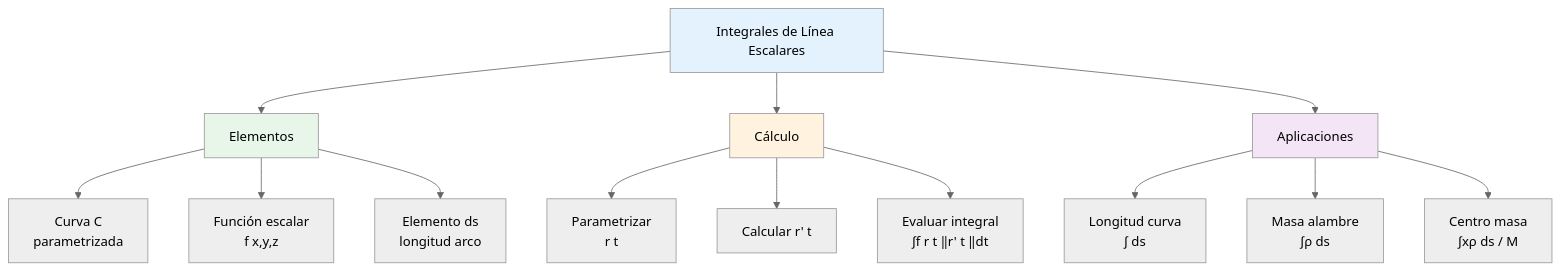
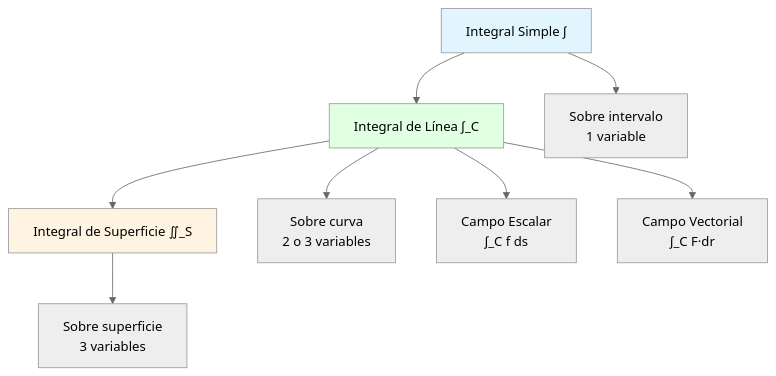
Before and after one commit to Fsteven22/Notas-de-Universidad-Freddy-Sanchez-: the first of 2 diagrams in Universidad/2do Semestre/Cálculo Vectorial/Unidad 5 – Integral de Línea e Integrales Dobles/II – Integrales de Línea (Escalares y Vectoriales)/02 – Integrales de línea escalares.md, drawn with Mermaid (neutral theme). The commit also changed other lines of this file and 87 other files, not shown here.

````diff
--- a/Universidad/2do Semestre/Cálculo Vectorial/Unidad 5 – Integral de Línea e Integrales Dobles/II – Integrales de Línea (Escalares y Vectoriales)/02 – Integrales de línea escalares.md
+++ b/Universidad/2do Semestre/Cálculo Vectorial/Unidad 5 – Integral de Línea e Integrales Dobles/II – Integrales de Línea (Escalares y Vectoriales)/02 – Integrales de línea escalares.md
@@ -870,23 +25,16 @@
 ```mermaid
-graph TD
-    A[Integrales de Línea Escalares] --> B[Elementos]
-    A --> C[Cálculo]
-    A --> D[Aplicaciones]
+graph TB
+    A[Integral Simple ∫] --> B[Integral de Línea ∫_C]
+    B --> C[Integral de Superficie ∬_S]
     
-    B --> B1[Curva C<br/>parametrizada]
-    B --> B2[Función escalar<br/>f x,y,z]
-    B --> B3[Elemento ds<br/>longitud arco]
+    A --> D[Sobre intervalo<br/>1 variable]
+    B --> E[Sobre curva<br/>2 o 3 variables]
+    C --> F[Sobre superficie<br/>3 variables]
     
-    C --> C1[Parametrizar<br/>r t]
-    C --> C2[Calcular r' t]
-    C --> C3[Evaluar integral<br/>∫f r t ‖r' t ‖dt]
+    B --> G[Campo Escalar<br/>∫_C f ds]
+    B --> H[Campo Vectorial<br/>∫_C F·dr]
     
-    D --> D1[Longitud curva<br/>∫ ds]
-    D --> D2[Masa alambre<br/>∫ρ ds]
-    D --> D3[Centro masa<br/>∫xρ ds / M]
-    
-    style A fill:#e3f2fd
-    style B fill:#e8f5e9
-    style C fill:#fff3e0
-    style D fill:#f3e5f5
+    style A fill:#e1f5ff
+    style B fill:#e1ffe1
+    style C fill:#fff4e1
 ```
````
